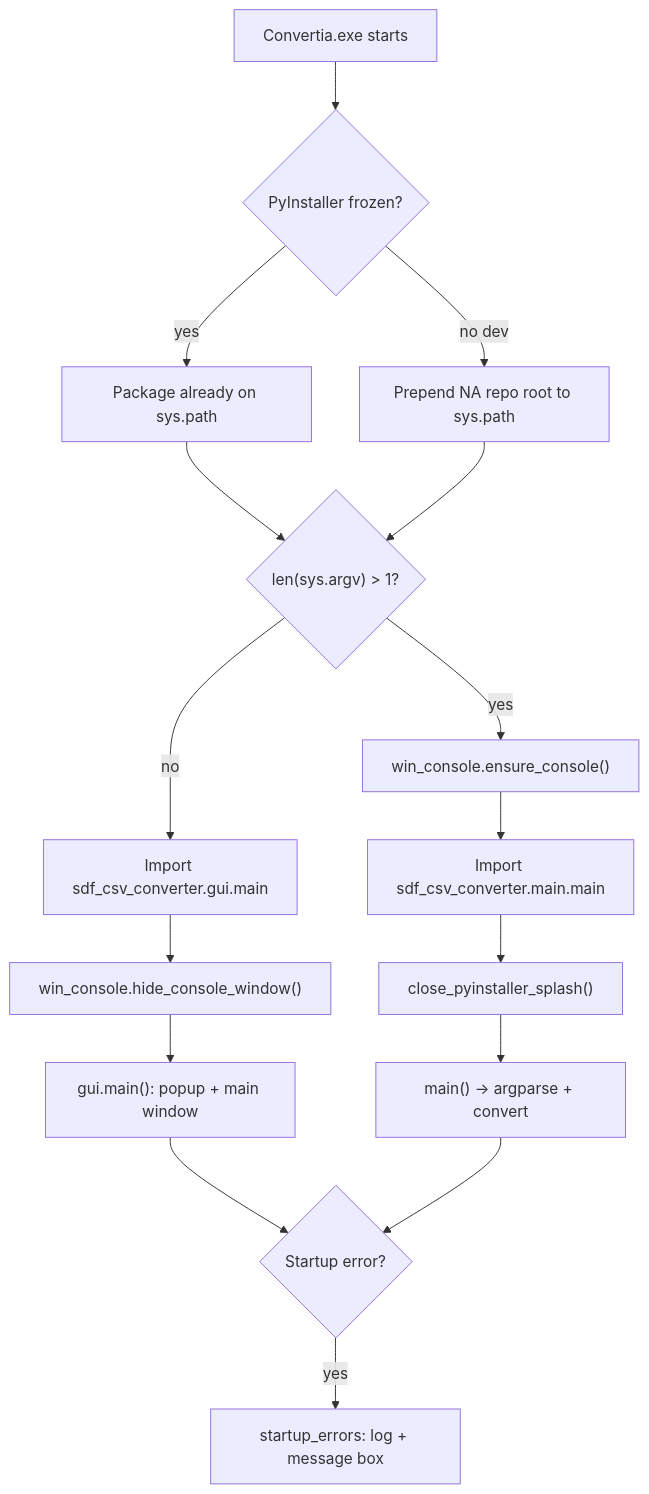
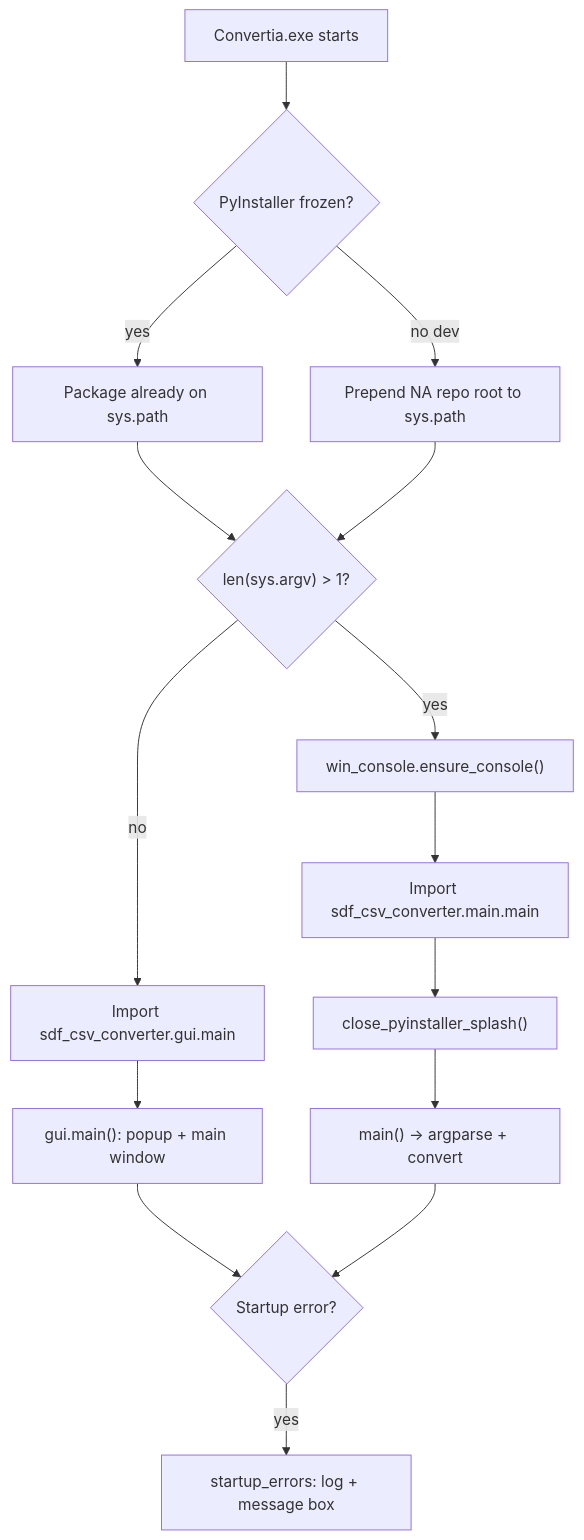
Before and after one commit to sameer24688-jpg/Convertia: the first of 4 diagrams in standalone/ARCHITECTURE.md, drawn with Mermaid. The commit also changed other lines of this file and 28 other files, not shown here.

````diff
--- a/standalone/ARCHITECTURE.md
+++ b/standalone/ARCHITECTURE.md
@@ -63,18 +63,17 @@
 ```mermaid
 flowchart TD
     start["Convertia.exe starts"] --> frozen{"PyInstaller frozen?"}
     frozen -->|yes| bundled["Package already on sys.path"]
     frozen -->|no dev| path["Prepend NA repo root to sys.path"]
     bundled --> args{"len(sys.argv) > 1?"}
     path --> args
     args -->|no| guiImport["Import sdf_csv_converter.gui.main"]
-    guiImport --> hideConsole["win_console.hide_console_window()"]
-    hideConsole --> guiRun["gui.main(): popup + main window"]
+    guiImport --> guiRun["gui.main(): popup + main window"]
     args -->|yes| cliPath["win_console.ensure_console()"]
     cliPath --> cliImport["Import sdf_csv_converter.main.main"]
     cliImport --> splashClose["close_pyinstaller_splash()"]
     splashClose --> cliRun["main() -> argparse + convert"]
     guiRun --> err{"Startup error?"}
     cliRun --> err
     err -->|yes| report["startup_errors: log + message box"]
 ```
````
